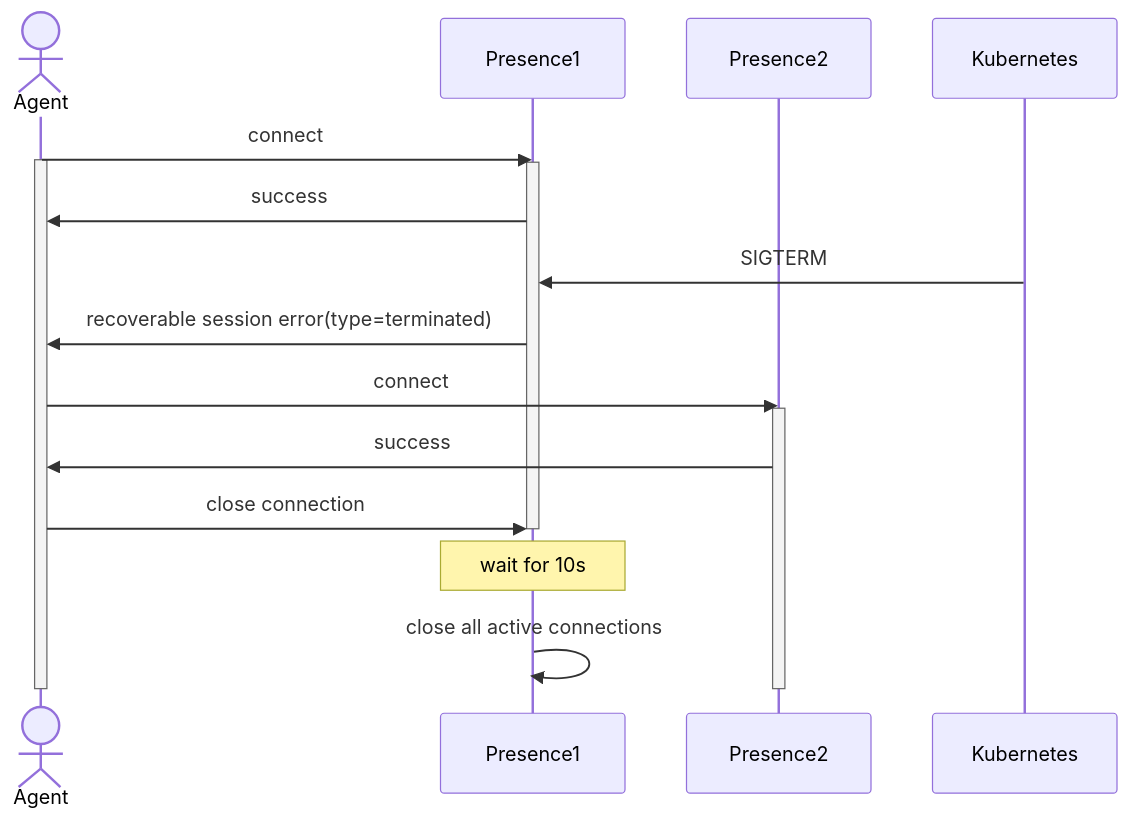
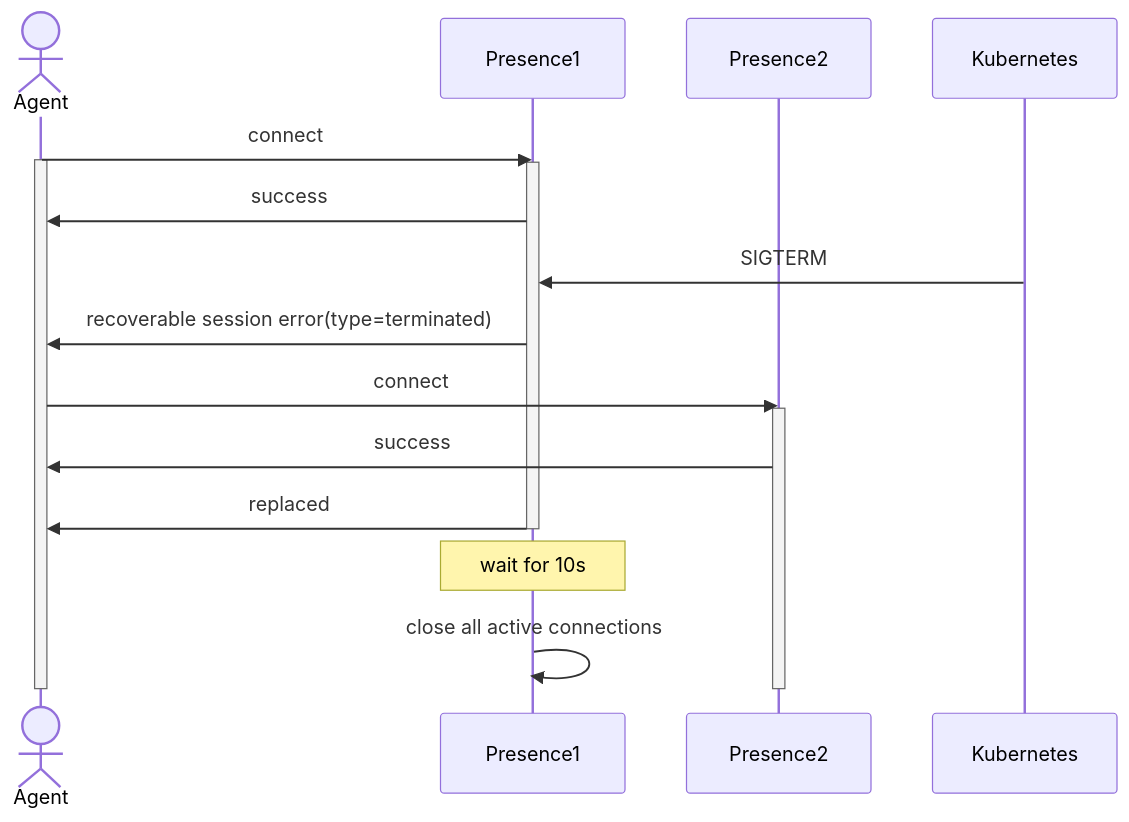
One commit to foxford/presence changed the first of 6 diagrams in docs/src/session/errors.md. Above: the diagram before and after it, drawn with Mermaid. The commit also changed 10 other files, not shown here.

````diff
--- a/docs/src/session/errors.md
+++ b/docs/src/session/errors.md
@@ -16,23 +16,23 @@
 ```mermaid
 sequenceDiagram
     actor Agent
     participant Presence1
     participant Presence2
     participant Kubernetes
 
     Agent ->> Presence1: connect
     activate Agent
     activate Presence1
     Presence1 ->> Agent: success
     Kubernetes ->> Presence1: SIGTERM
     Presence1 ->> Agent: recoverable session error(type=terminated)
     Agent ->> Presence2: connect
     activate Presence2
     Presence2 ->> Agent: success
-    Agent ->> Presence1: close connection
+    Presence1 ->> Agent: replaced
     deactivate Presence1
     note over Presence1: wait for 10s
     Presence1 ->> Presence1: close all active connections
     deactivate Presence2
     deactivate Agent
 ```
````
